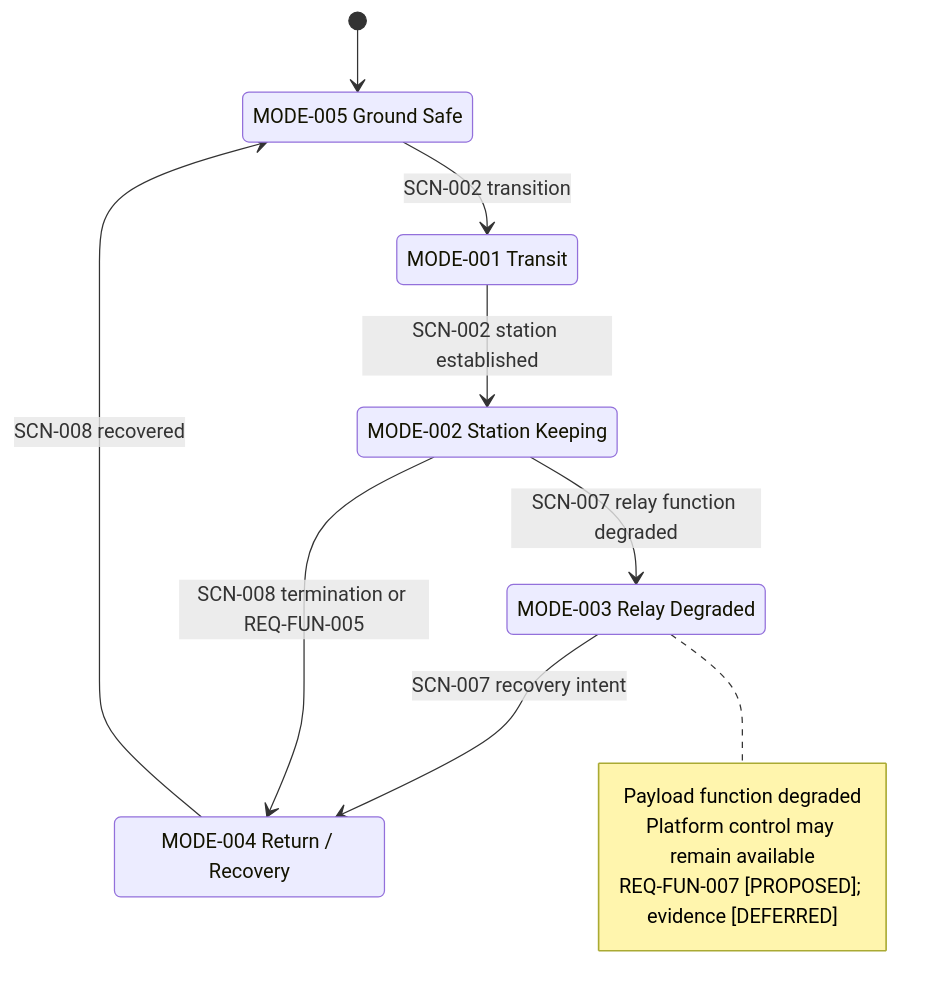
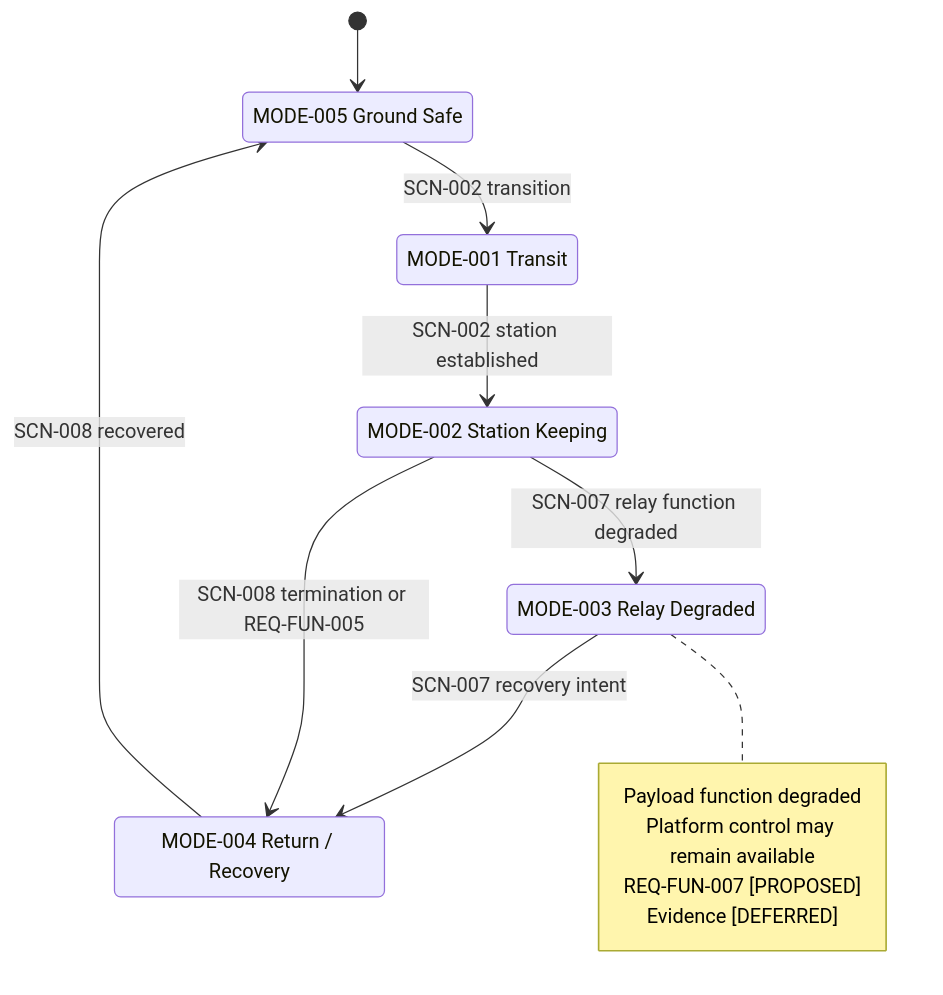
One commit to noahstephenson/low-cost-relay-uas changed the tenth of 17 diagrams in reports/architecture-views.md. Above: the diagram before and after it, drawn with Mermaid. The commit also changed other lines of this file and 4 other files, not shown here.

Commit message:
Improve Mermaid rendering and validation

````diff
--- a/reports/architecture-views.md
+++ b/reports/architecture-views.md
@@ -227,21 +227,22 @@
 ```mermaid
 stateDiagram-v2
     %% Configuration scope: CFG-REP / CFG-DOM
     state "MODE-005 Ground Safe" as MODE_005
     state "MODE-001 Transit" as MODE_001
     state "MODE-002 Station Keeping" as MODE_002
     state "MODE-003 Relay Degraded" as MODE_003
     state "MODE-004 Return / Recovery" as MODE_004
     [*] --> MODE_005
     MODE_005 --> MODE_001: SCN-002 transition
     MODE_001 --> MODE_002: SCN-002 station established
     MODE_002 --> MODE_003: SCN-007 relay function degraded
     MODE_003 --> MODE_004: SCN-007 recovery intent
     MODE_002 --> MODE_004: SCN-008 termination or REQ-FUN-005
     MODE_004 --> MODE_005: SCN-008 recovered
     note right of MODE_003
       Payload function degraded
       Platform control may remain available
-      REQ-FUN-007 [PROPOSED]; evidence [DEFERRED]
+      REQ-FUN-007 [PROPOSED]
+      Evidence [DEFERRED]
     end note
 ```
````
